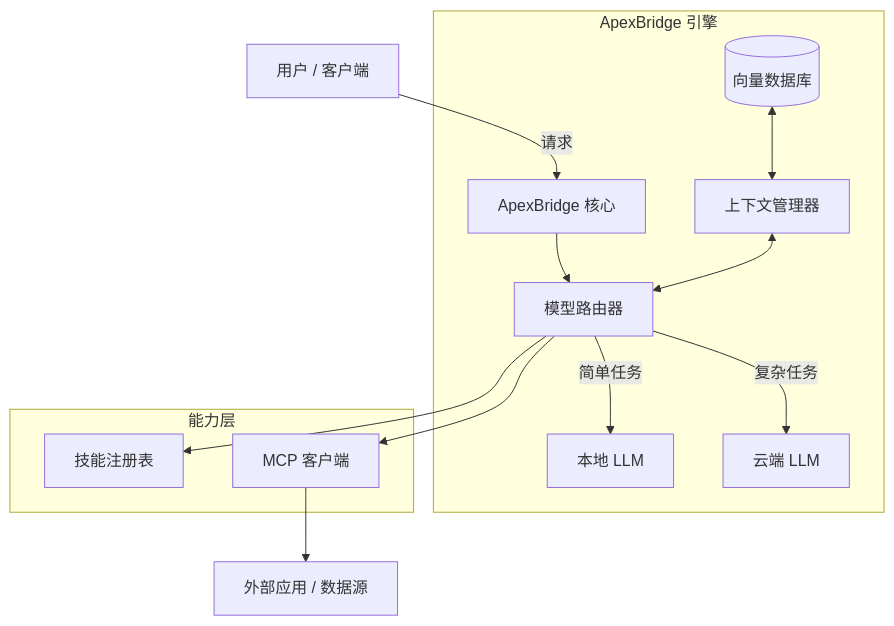
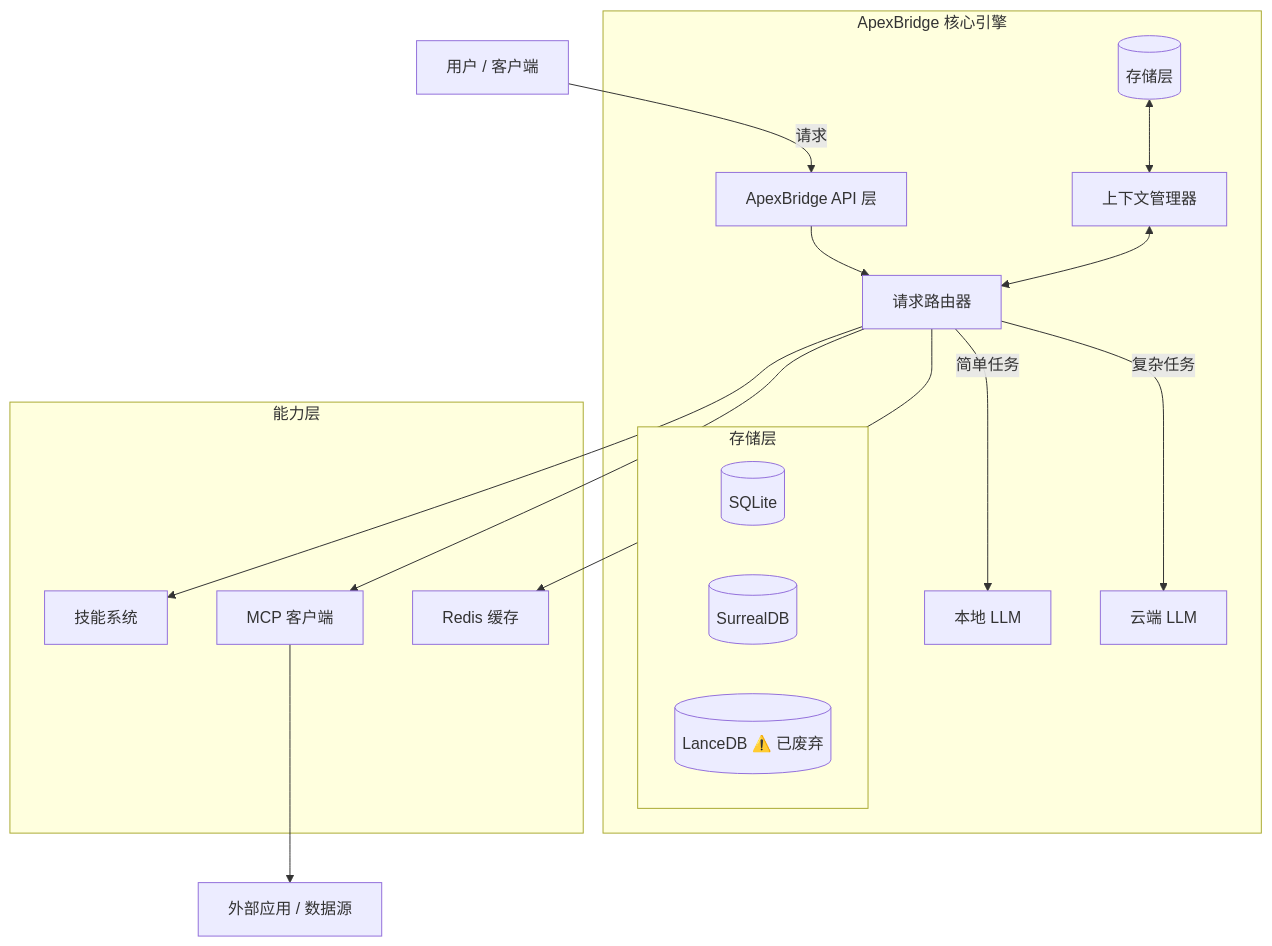
One commit to suntianc/apex-bridge changed the diagram in README.md. Above: the diagram before and after it, drawn with Mermaid. The commit also changed other lines of this file and 6 other files, not shown here.

````diff
--- a/README.md
+++ b/README.md
@@ -52,22 +61,30 @@
 ```mermaid
 graph TD
-    User[用户 / 客户端] -->|请求| API[ApexBridge 核心]
+    User[用户 / 客户端] -->|请求| API[ApexBridge API 层]
 
-    subgraph "ApexBridge 引擎"
-        API --> Router[模型路由器]
-        Router -->|简单任务| Local[本地 LLM]
-        Router -->|复杂任务| Cloud[云端 LLM]
+    subgraph "ApexBridge 核心引擎"
+        API --> Router[请求路由器]
+        Router -->|简单任务| LocalLLM[本地 LLM]
+        Router -->|复杂任务| CloudLLM[云端 LLM]
 
         Context[上下文管理器] <--> Router
-        Memory[(向量数据库)] <--> Context
+        Storage[(存储层)] <--> Context
+
+        subgraph "存储层"
+            SQLite[(SQLite)]
+            SurrealDB[(SurrealDB)]
+            LanceDB[(LanceDB ⚠️ 已废弃)]
+        end
     end
 
     subgraph "能力层"
-        Tools[技能注册表]
+        Skills[技能系统]
         MCP[MCP 客户端]
+        Cache[Redis 缓存]
     end
 
-    Router --> Tools
+    Router --> Skills
     Router --> MCP
+    Router --> Cache
     MCP --> External[外部应用 / 数据源]
 ```
````
